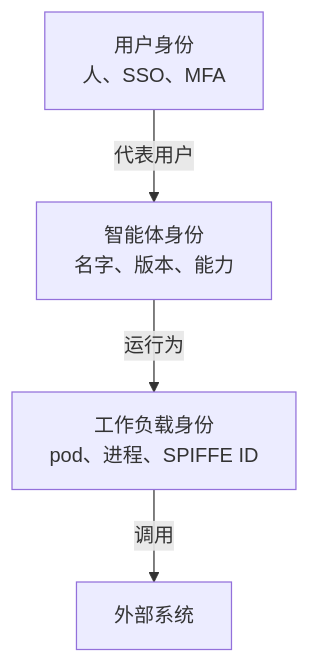
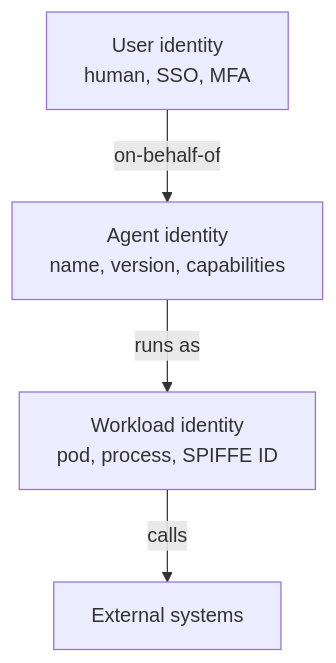
One commit to latere-ai/ai-as-an-infrastructure changed the second of 3 diagrams in zh/p8-safety/34-security-authorization.qmd. Above: the diagram before and after it, drawn with Mermaid. The commit also changed other lines of this file and 106 other files, not shown here.

````diff
--- a/zh/p8-safety/34-security-authorization.qmd
+++ b/zh/p8-safety/34-security-authorization.qmd
@@ -78,12 +52,12 @@
 ```{mermaid}
 %%| label: fig-security-three-identities
 %%| fig-cap: "每次调用上调和的三个正交主体。用户被委派到智能体之上，智能体作为工作负载运行，工作负载触达外部系统。每条轴都回答另外两条无法回答的一种归属。"
 graph TB
-    U["用户身份<br/>人、SSO、MFA"]
-    A["智能体身份<br/>名字、版本、能力"]
-    W["工作负载身份<br/>pod、进程、SPIFFE ID"]
+    U["User identity<br/>human, SSO, MFA"]
+    A["Agent identity<br/>name, version, capabilities"]
+    W["Workload identity<br/>pod, process, SPIFFE ID"]
 
-    U -->|"代表用户"| A
-    A -->|"运行为"| W
-    W -->|"调用"| EXT["外部系统"]
+    U -->|"on-behalf-of"| A
+    A -->|"runs as"| W
+    W -->|"calls"| EXT["External systems"]
 ```
````
